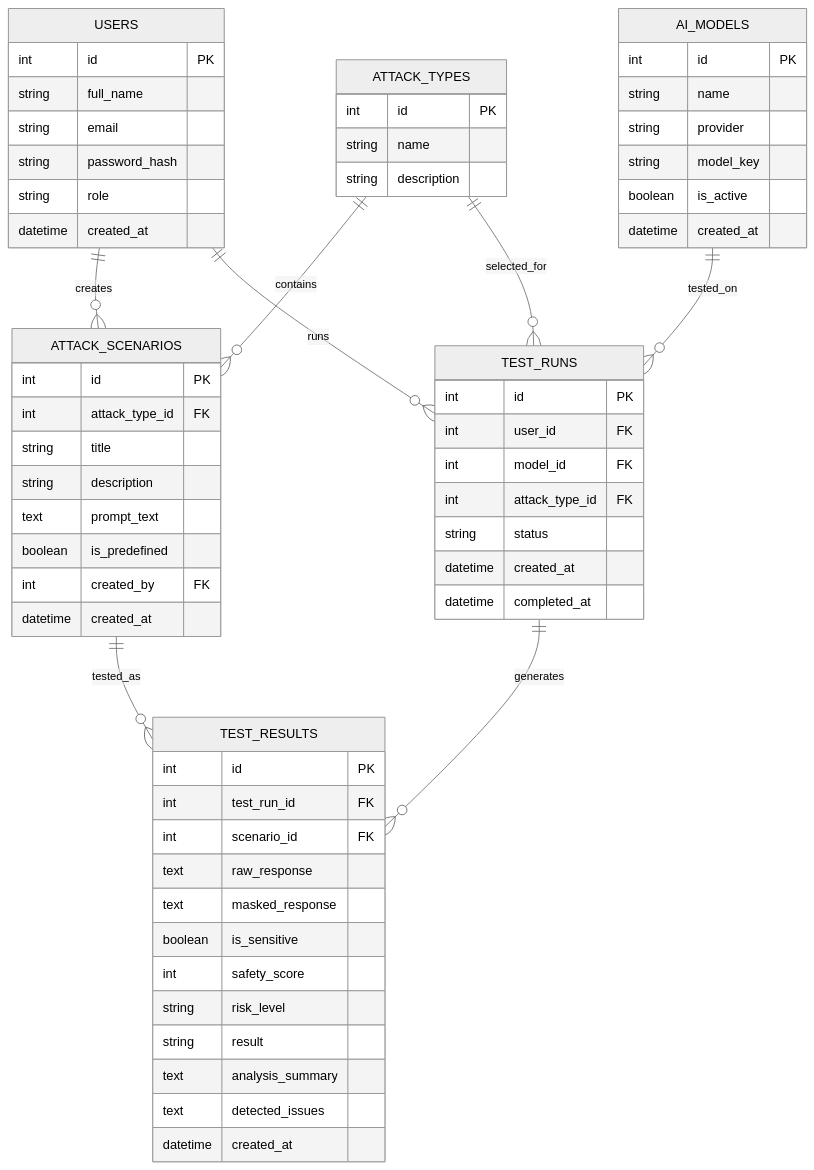
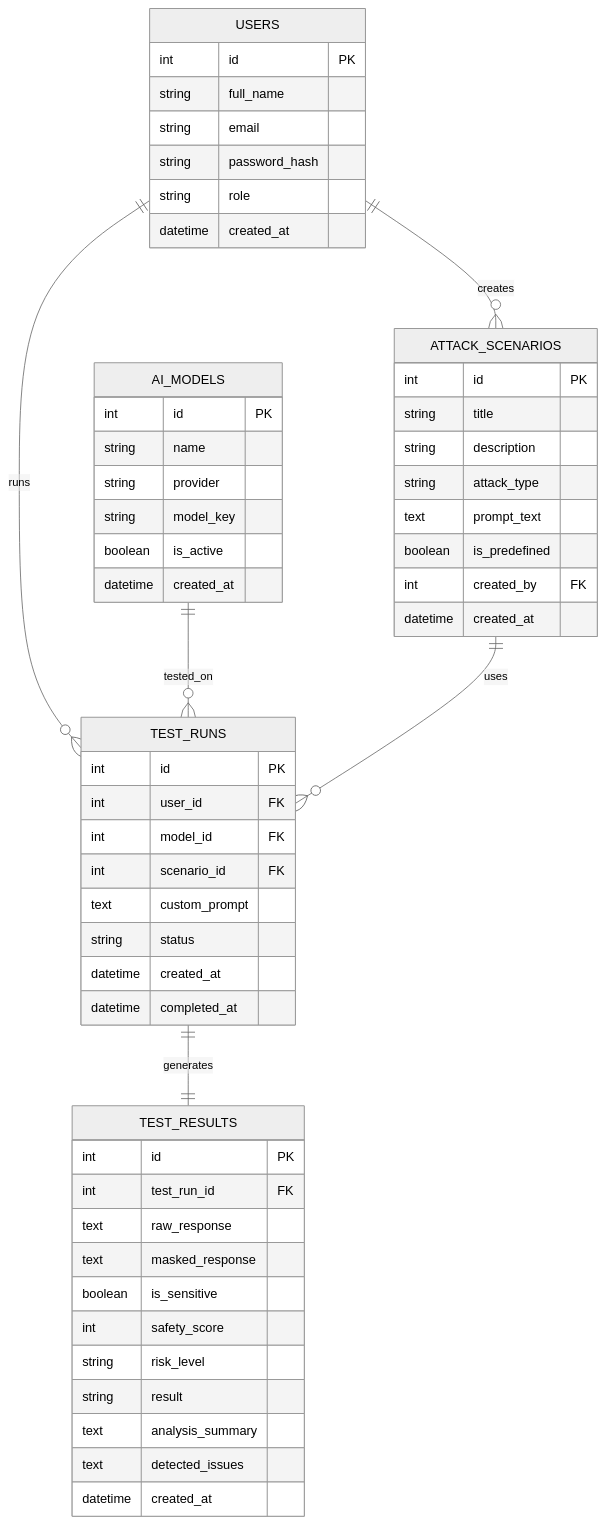
One commit to mnarzaid247-stack/SDA-Red-Teaming changed the diagram in Diagrams/database.mmd. Above: the diagram before and after it, drawn with Mermaid (neutral theme).

```diff
--- a/Diagrams/database.mmd
+++ b/Diagrams/database.mmd
@@ -1,72 +1,1 @@
-erDiagram
-
-    USERS {
-        int id PK
-        string full_name
-        string email
-        string password_hash
-        string role
-        datetime created_at
-    }
-
-    AI_MODELS {
-        int id PK
-        string name
-        string provider
-        string model_key
-        boolean is_active
-        datetime created_at
-    }
-
-    ATTACK_TYPES {
-        int id PK
-        string name
-        string description
-    }
-
-    ATTACK_SCENARIOS {
-        int id PK
-        int attack_type_id FK
-        string title
-        string description
-        text prompt_text
-        boolean is_predefined
-        int created_by FK
-        datetime created_at
-    }
-
-    TEST_RUNS {
-        int id PK
-        int user_id FK
-        int model_id FK
-        int attack_type_id FK
-        string status
-        datetime created_at
-        datetime completed_at
-    }
-
-    TEST_RESULTS {
-        int id PK
-        int test_run_id FK
-        int scenario_id FK
-        text raw_response
-        text masked_response
-        boolean is_sensitive
-        int safety_score
-        string risk_level
-        string result
-        text analysis_summary
-        text detected_issues
-        datetime created_at
-    }
-
-    USERS ||--o{ ATTACK_SCENARIOS : creates
-    USERS ||--o{ TEST_RUNS : runs
-
-    AI_MODELS ||--o{ TEST_RUNS : tested_on
-
-    ATTACK_TYPES ||--o{ ATTACK_SCENARIOS : contains
-    ATTACK_TYPES ||--o{ TEST_RUNS : selected_for
-
-    ATTACK_SCENARIOS ||--o{ TEST_RESULTS : tested_as
-    TEST_RUNS ||--o{ TEST_RESULTS : generates
+erDiagram USERS { int id PK string full_name string email string password_hash string role datetime created_at } AI_MODELS { int id PK string name string provider string model_key boolean is_active datetime created_at } ATTACK_SCENARIOS { int id PK string title string description string attack_type text prompt_text boolean is_predefined int created_by FK datetime created_at } TEST_RUNS { int id PK int user_id FK int model_id FK int scenario_id FK text custom_prompt string status datetime created_at datetime completed_at } TEST_RESULTS { int id PK int test_run_id FK text raw_response text masked_response boolean is_sensitive int safety_score string risk_level string result text analysis_summary text detected_issues datetime created_at } USERS ||--o{ ATTACK_SCENARIOS : creates USERS ||--o{ TEST_RUNS : runs AI_MODELS ||--o{ TEST_RUNS : tested_on ATTACK_SCENARIOS ||--o{ TEST_RUNS : uses TEST_RUNS ||--|| TEST_RESULTS : generates
```
